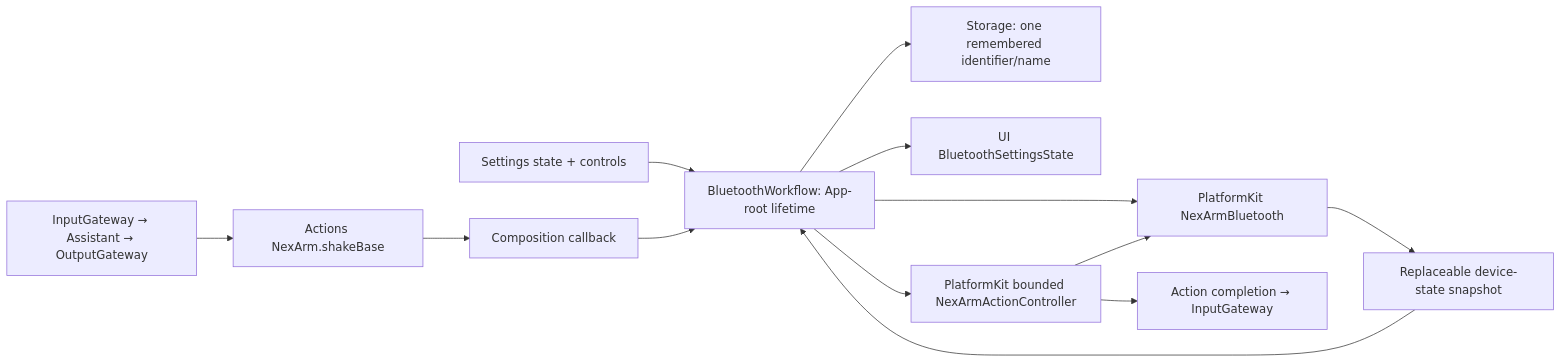
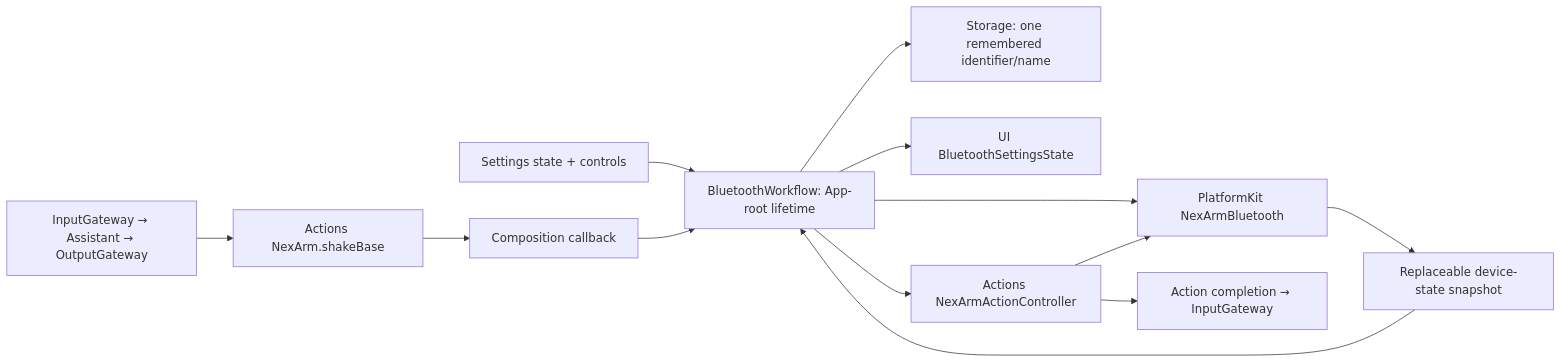
One commit to devilyouwei/MobileHarness changed the second of 5 diagrams in MobileHarness/App/Workflows/README.md. Above: the diagram before and after it, drawn with Mermaid. The commit also changed other lines of this file and 70 other files, not shown here.

````diff
--- a/MobileHarness/App/Workflows/README.md
+++ b/MobileHarness/App/Workflows/README.md
@@ -50,15 +50,15 @@
 ```mermaid
 flowchart LR
     Page[Settings state + controls] --> Workflow[BluetoothWorkflow: App-root lifetime]
     Workflow --> Store[Storage: one remembered identifier/name]
     Workflow --> BLE[PlatformKit NexArmBluetooth]
     BLE --> Snapshot[Replaceable device-state snapshot]
     Snapshot --> Workflow
     Workflow --> State[UI BluetoothSettingsState]
     Speech[InputGateway → Assistant → OutputGateway] --> Action[Actions NexArm.shakeBase]
     Action --> Binding[Composition callback]
     Binding --> Workflow
-    Workflow --> Controller[PlatformKit bounded NexArmActionController]
+    Workflow --> Controller[Actions NexArmActionController]
     Controller --> BLE
     Controller --> Result[Action completion → InputGateway]
 ```
````
